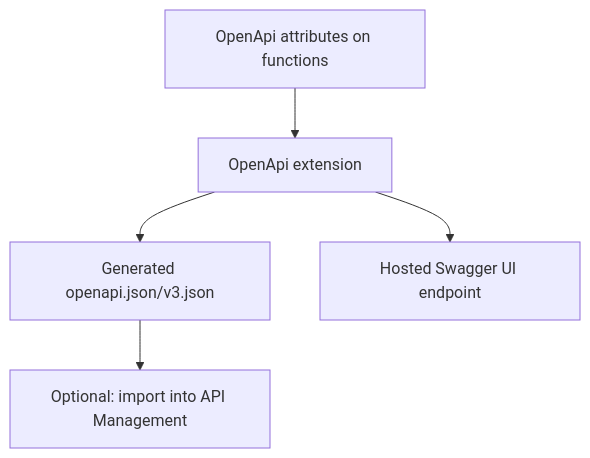
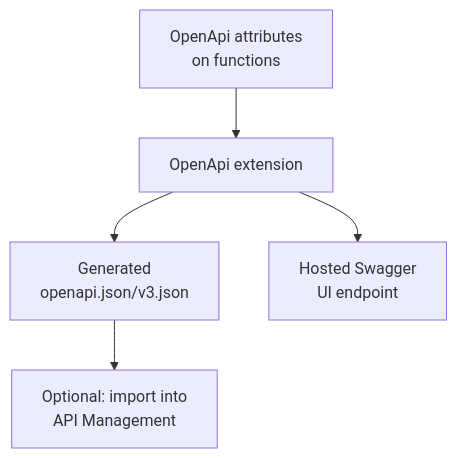
The diagram in docs/language-guides/dotnet/recipes/openapi.md (yeongseon/azure-functions-practical-guide), drawn with Mermaid before and after one commit. The commit also changed other lines of this file and 4 other files, not shown here.

First line of the commit message:
docs(diagrams): improve dotnet migration OpenAPI and retry figures (#473)

````diff
--- a/docs/language-guides/dotnet/recipes/openapi.md
+++ b/docs/language-guides/dotnet/recipes/openapi.md
@@ -21,7 +22,9 @@
 ```mermaid
 flowchart TD
-    ATTR[OpenApi attributes on functions] --> EXT[OpenApi extension]
-    EXT --> DOC[Generated openapi.json/v3.json]
-    EXT --> UI[Hosted Swagger UI endpoint]
-    DOC --> APIM[Optional: import into API Management]
+    accTitle: OpenAPI extension document and UI relationships
+    accDescr: Illustrative configured .NET isolated-worker HTTP recipe: attributes feed the OpenAPI extension, which exposes a document and Swagger UI; the document can optionally be imported into API Management. This is not a built-in feature of every function or a package-only configuration guarantee.
+    ATTR[OpenApi attributes<br/>on functions] --> EXT[OpenApi extension]
+    EXT --> DOC[Generated<br/>openapi.json/v3.json]
+    EXT --> UI[Hosted Swagger<br/>UI endpoint]
+    DOC --> APIM[Optional: import into<br/>API Management]
 ```
````
